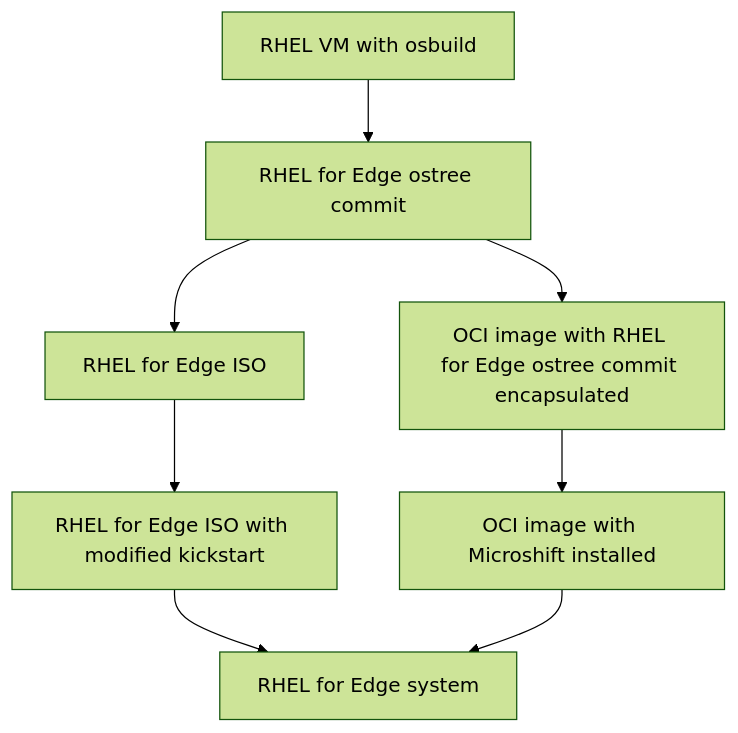
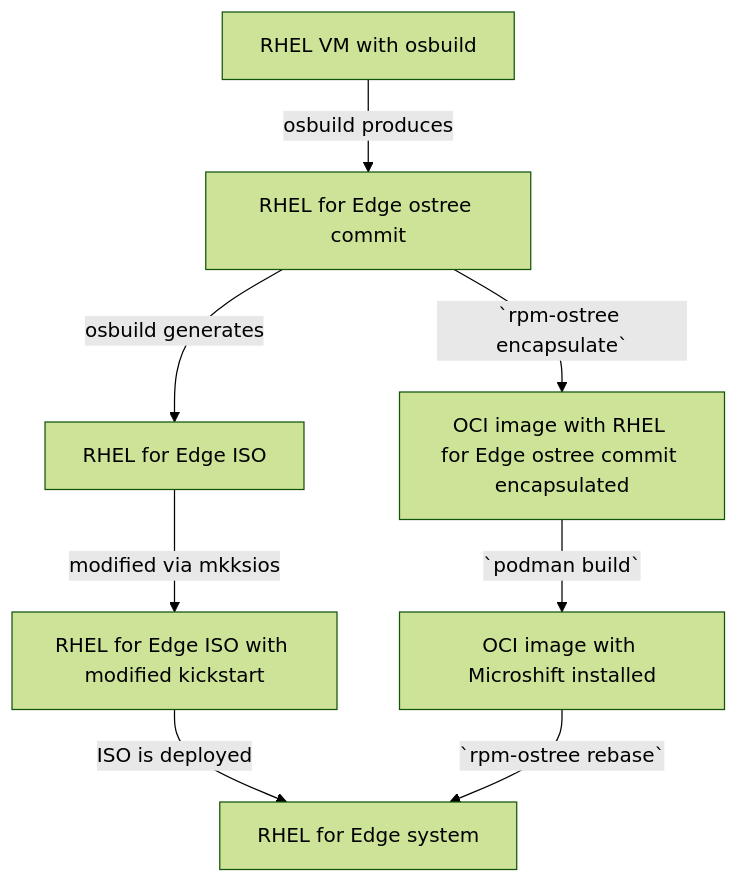
The diagram in README.md (miabbott/r4e-microshift-demo), drawn with Mermaid (forest theme) before and after one commit.

Commit message:
action text

````diff
--- a/README.md
+++ b/README.md
@@ -15,10 +15,10 @@
 ```mermaid
 flowchart TD;
-  id1[RHEL VM with osbuild]-->id2[RHEL for Edge ostree commit];
-  id2-->id3[RHEL for Edge ISO];
-  id3-->id4[RHEL for Edge ISO with modified kickstart];
-  id4-->id5[RHEL for Edge system];
-  id2-->id6[OCI image with RHEL for Edge ostree commit encapsulated];
-  id6-->id7[OCI image with Microshift installed];
-  id7-->id5;
+  id1[RHEL VM with osbuild]-->|osbuild produces|id2[RHEL for Edge ostree commit];
+  id2-->|osbuild generates|id3[RHEL for Edge ISO];
+  id3-->|modified via mkksios|id4[RHEL for Edge ISO with modified kickstart];
+  id4-->|ISO is deployed|id5[RHEL for Edge system];
+  id2-->|`rpm-ostree encapsulate`|id6[OCI image with RHEL for Edge ostree commit encapsulated];
+  id6-->|`podman build`|id7[OCI image with Microshift installed];
+  id7-->|`rpm-ostree rebase`|id5;
 ```
````
